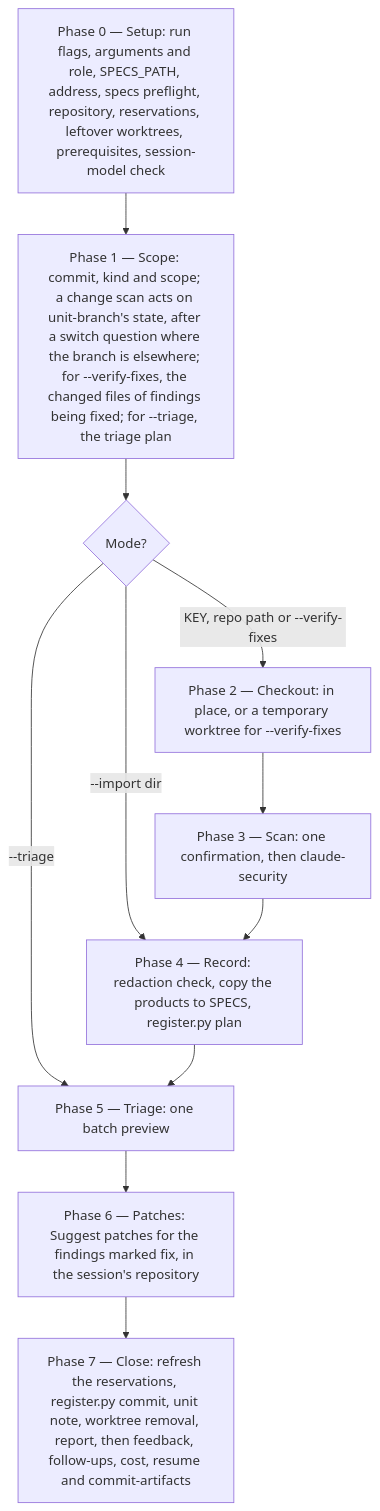
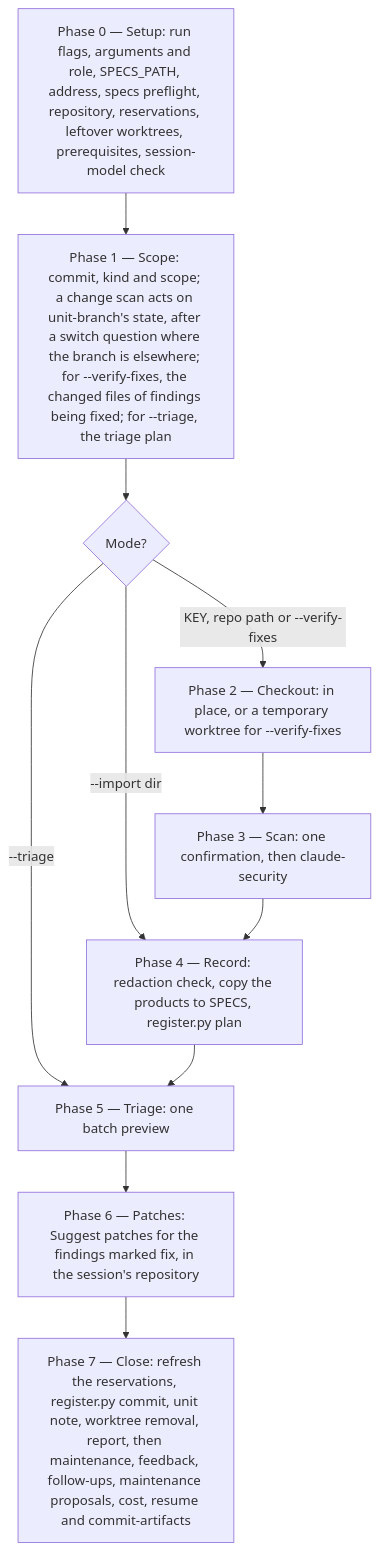
The diagram in plugins/security-workflows/docs/commands/scan.md (ihudak/ai-workflows), drawn with Mermaid before and after one commit. The commit also changed other lines of this file and 22 other files, not shown here.

````diff
--- a/plugins/security-workflows/docs/commands/scan.md
+++ b/plugins/security-workflows/docs/commands/scan.md
@@ -45,13 +45,13 @@
 ```mermaid
 flowchart TD
     p0["Phase 0 — Setup: run flags, arguments and role, SPECS_PATH, address, specs preflight, repository, reservations, leftover worktrees, prerequisites, session-model check"] --> p1["Phase 1 — Scope: commit, kind and scope; a change scan acts on unit-branch's state, after a switch question where the branch is elsewhere; for --verify-fixes, the changed files of findings being fixed; for --triage, the triage plan"]
     p1 --> mode{"Mode?"}
     mode -->|"KEY, repo path or --verify-fixes"| p2["Phase 2 — Checkout: in place, or a temporary worktree for --verify-fixes"]
     mode -->|"--import dir"| p4
     mode -->|"--triage"| p5
     p2 --> p3["Phase 3 — Scan: one confirmation, then claude-security"]
     p3 --> p4["Phase 4 — Record: redaction check, copy the products to SPECS, register.py plan"]
     p4 --> p5["Phase 5 — Triage: one batch preview"]
     p5 --> p6["Phase 6 — Patches: Suggest patches for the findings marked fix, in the session's repository"]
-    p6 --> p7["Phase 7 — Close: refresh the reservations, register.py commit, unit note, worktree removal, report, then feedback, follow-ups, cost, resume and commit-artifacts"]
+    p6 --> p7["Phase 7 — Close: refresh the reservations, register.py commit, unit note, worktree removal, report, then maintenance, feedback, follow-ups, maintenance proposals, cost, resume and commit-artifacts"]
 ```
````
